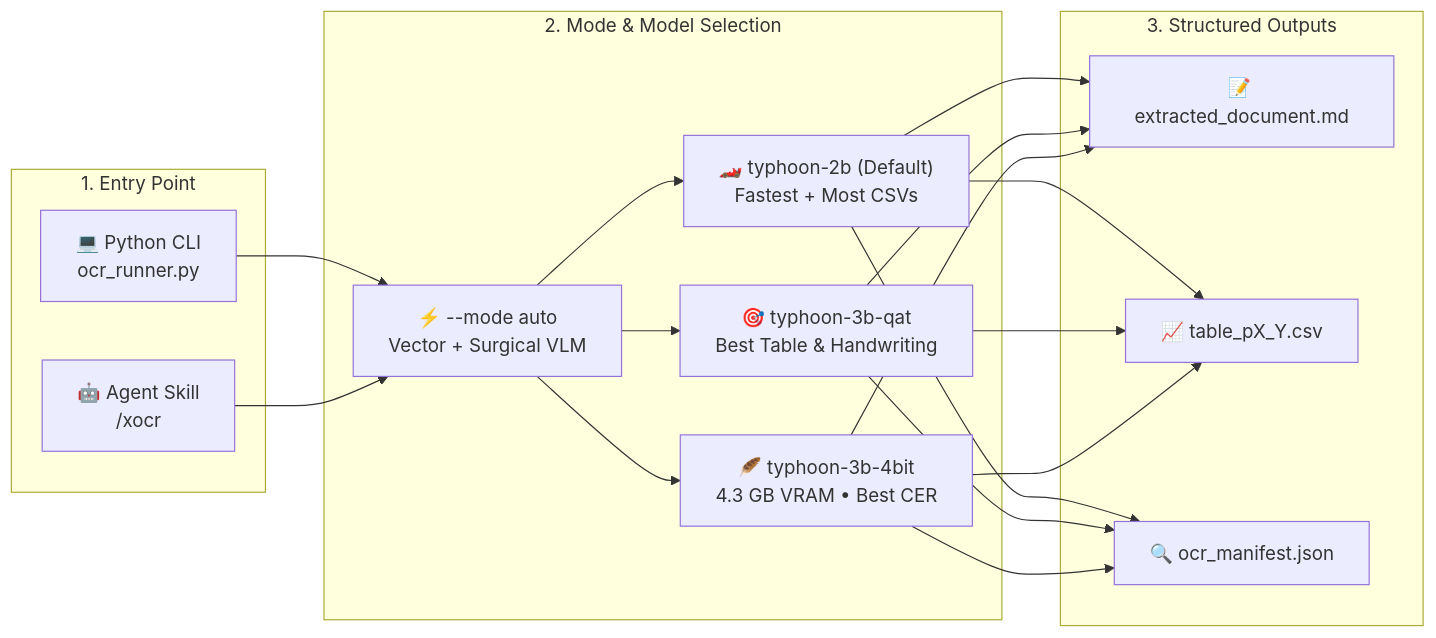
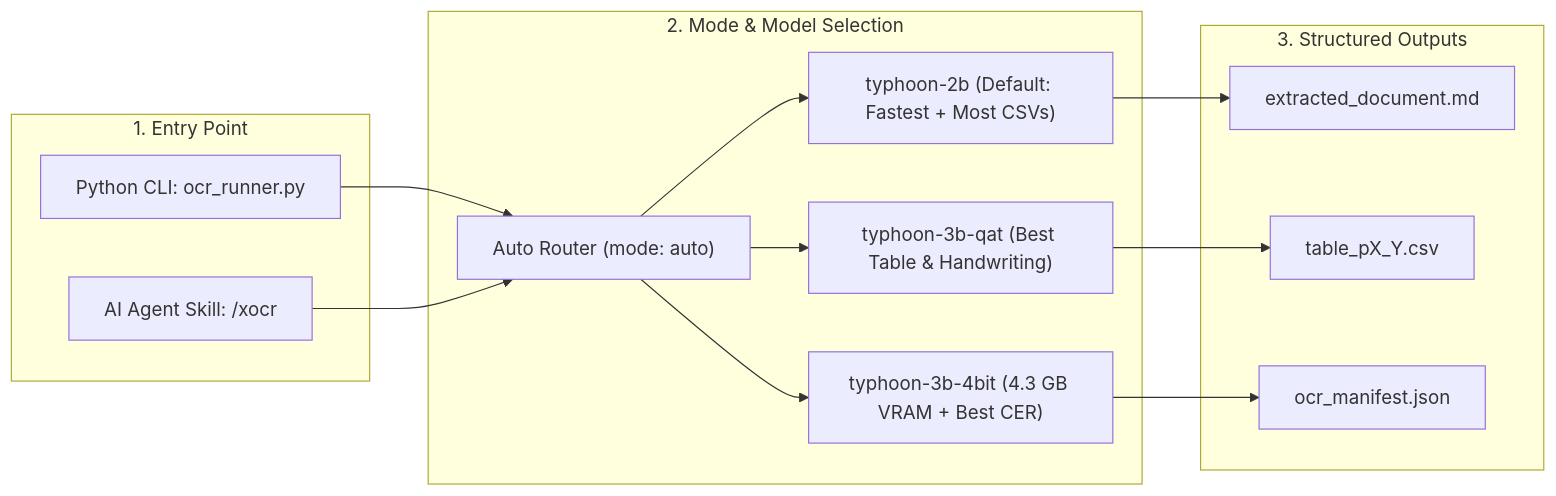
The second of 2 diagrams in README.md (iscvlab/xocr), drawn with Mermaid before and after one commit. The commit also changed other lines of this file and 2 other files, not shown here.

Commit message:
fix(docs): resolve GitHub Mermaid lexer & xychart-beta rendering bugs for instant load

````diff
--- a/README.md
+++ b/README.md
@@ -75,22 +68,29 @@
 ```mermaid
 flowchart LR
-    subgraph Step1["1. Entry Point"]
-        CLI["💻 Python CLI<br/>ocr_runner.py"]
-        Agent["🤖 Agent Skill<br/>/xocr"]
+    subgraph Step1 ["1. Entry Point"]
+        CLI["Python CLI: ocr_runner.py"]
+        Agent["AI Agent Skill: /xocr"]
     end
 
-    subgraph Step2["2. Mode & Model Selection"]
-        Auto["⚡ --mode auto<br/>Vector + Surgical VLM"]
-        T2B["🏎️ typhoon-2b (Default)<br/>Fastest + Most CSVs"]
-        T3B["🎯 typhoon-3b-qat<br/>Best Table & Handwriting"]
-        T4B["🪶 typhoon-3b-4bit<br/>4.3 GB VRAM • Best CER"]
+    subgraph Step2 ["2. Mode & Model Selection"]
+        Auto["Auto Router (mode: auto)"]
+        T2B["typhoon-2b (Default: Fastest + Most CSVs)"]
+        T3B["typhoon-3b-qat (Best Table & Handwriting)"]
+        T4B["typhoon-3b-4bit (4.3 GB VRAM + Best CER)"]
     end
 
-    subgraph Step3["3. Structured Outputs"]
-        MD["📝 extracted_document.md"]
-        CSV["📈 table_pX_Y.csv"]
-        JSON["🔍 ocr_manifest.json"]
+    subgraph Step3 ["3. Structured Outputs"]
+        MD["extracted_document.md"]
+        CSV["table_pX_Y.csv"]
+        JSON["ocr_manifest.json"]
     end
 
-    CLI & Agent --> Auto --> T2B & T3B & T4B --> MD & CSV & JSON
+    CLI --> Auto
+    Agent --> Auto
+    Auto --> T2B
+    Auto --> T3B
+    Auto --> T4B
+    T2B --> MD
+    T3B --> CSV
+    T4B --> JSON
 ```
````
